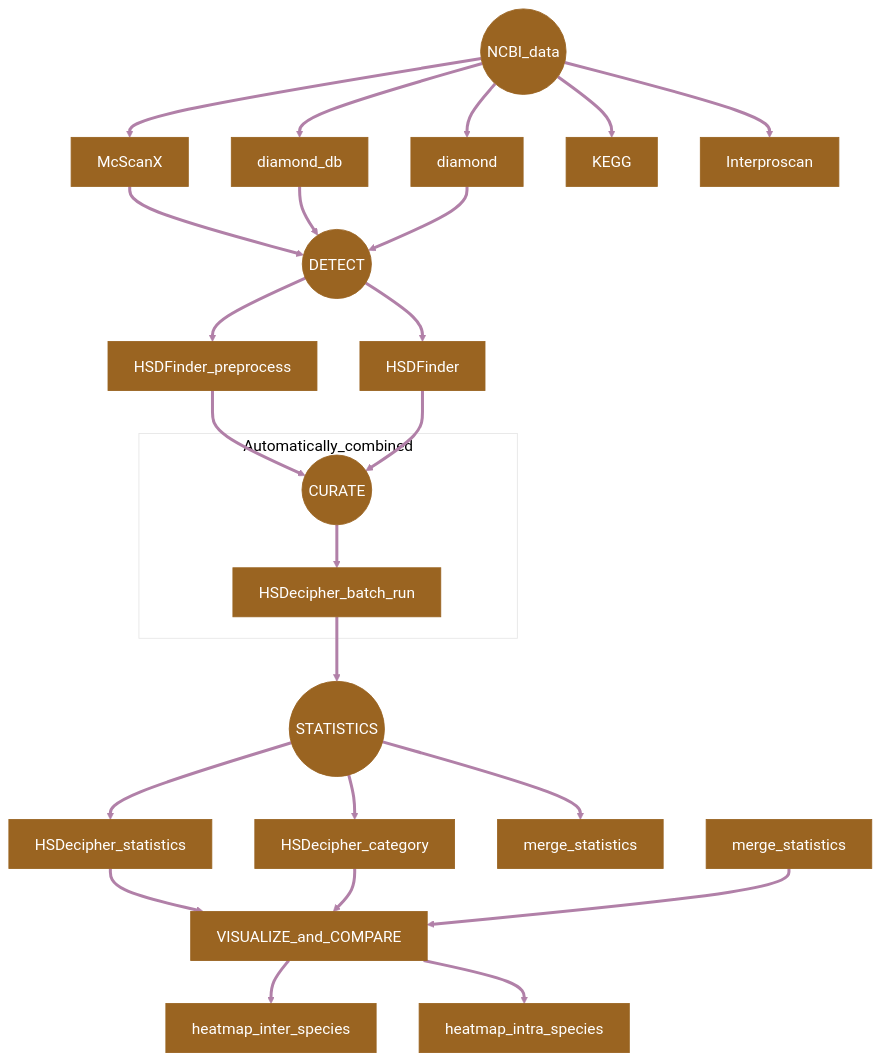
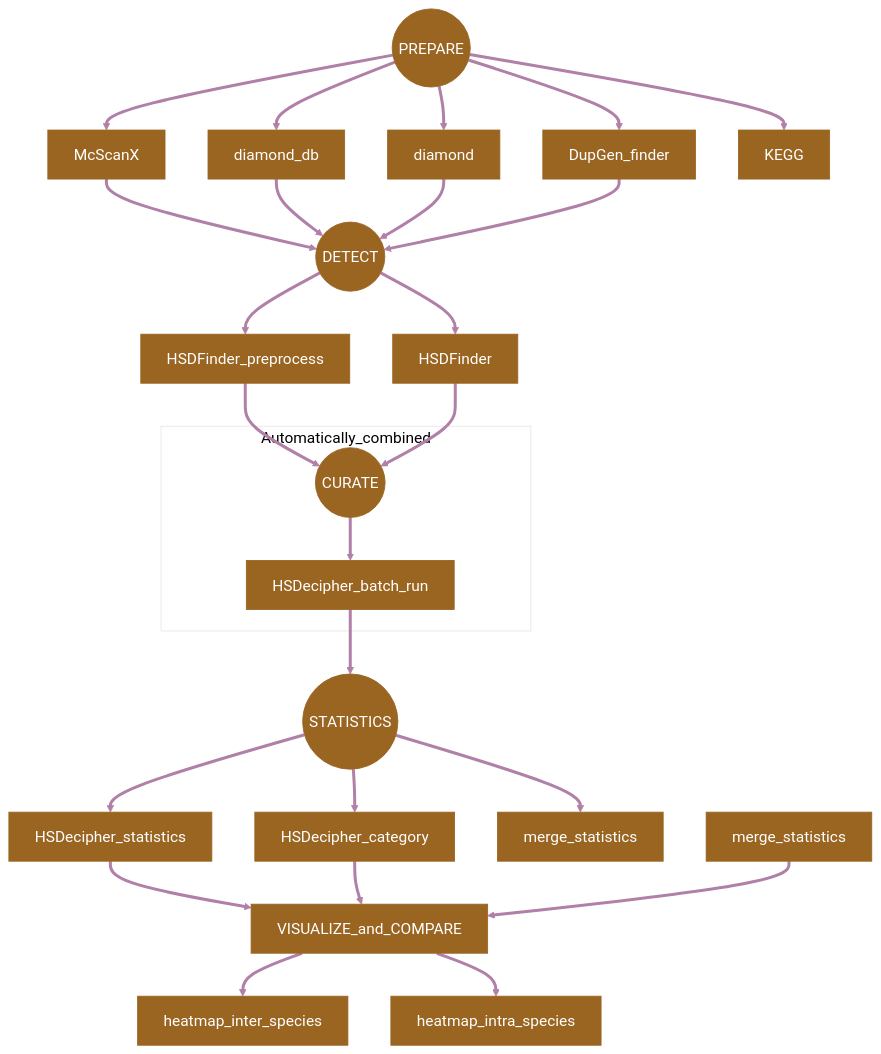
One commit to zx0223winner/HSDSnake changed the diagram in README.md. Above: the diagram before and after it, drawn with Mermaid.

````diff
--- a/README.md
+++ b/README.md
@@ -10,52 +10,53 @@
 ```mermaid
 %%{init: {
     'theme': 'base',
     'themeVariables': {
     'fontSize': '18px",
     'primaryColor': '#9A6421',
     'primaryTextColor': '#ffffff',
     'primaryBorderColor': '#9A6421',
     'lineColor': '#B180A8',
     'secondaryColor': '#455C58',
     'tertiaryColor': '#ffffff'
   }
 }}%%
 flowchart TD
   
-  PREPARE((NCBI_data)) ==> McScanX[McScanX]
+  PREPARE((PREPARE)) ==> McScanX[McScanX]
   PREPARE ==> diamond_db[diamond_db]
-  PREPARE ==> diamond[ diamond]
-  PREPARE ==> CDS[KEGG]
-  PREPARE ==> Interproscan[Interproscan]
+  PREPARE ==> diamond[diamond]
+  PREPARE ==> DupGen_finder[DupGen_finder]
+  PREPARE ==> KEGG[KEGG]
 
   McScanX ==> DETECT
   diamond_db ==> DETECT
   diamond ==> DETECT
+  DupGen_finder ==> DETECT
 
 
   DETECT((DETECT)) ==> HSDFinder_preprocess[HSDFinder_preprocess]
   DETECT ==> HSDFinder[HSDFinder]
   
 
   HSDFinder_preprocess ==> CURATE
   HSDFinder ==> CURATE
   
   subgraph Automatically_combined
    CURATE((CURATE)) ==> HSDecipher_batch_run[HSDecipher_batch_run]
   end
   HSDecipher_batch_run ==> STATISTICS
 
   STATISTICS((STATISTICS)) ==> HSDecipher_statistics[HSDecipher_statistics]
   STATISTICS ==> HSDecipher_category[HSDecipher_category]
   STATISTICS ==> merge_stastics[merge_statistics]
 
   HSDecipher_statistics ==> VISUALIZE_and_COMPARE
   HSDecipher_category ==> VISUALIZE_and_COMPARE
   merge_statistics ==> VISUALIZE_and_COMPARE
 
   VISUALIZE_and_COMPARE ==> HSDecipher_heatmap_inter_species_prepare[heatmap_inter_species]
   VISUALIZE_and_COMPARE ==> HSDecipher_heatmap_intra_species[heatmap_intra_species]
 
 
 
 ```
````
